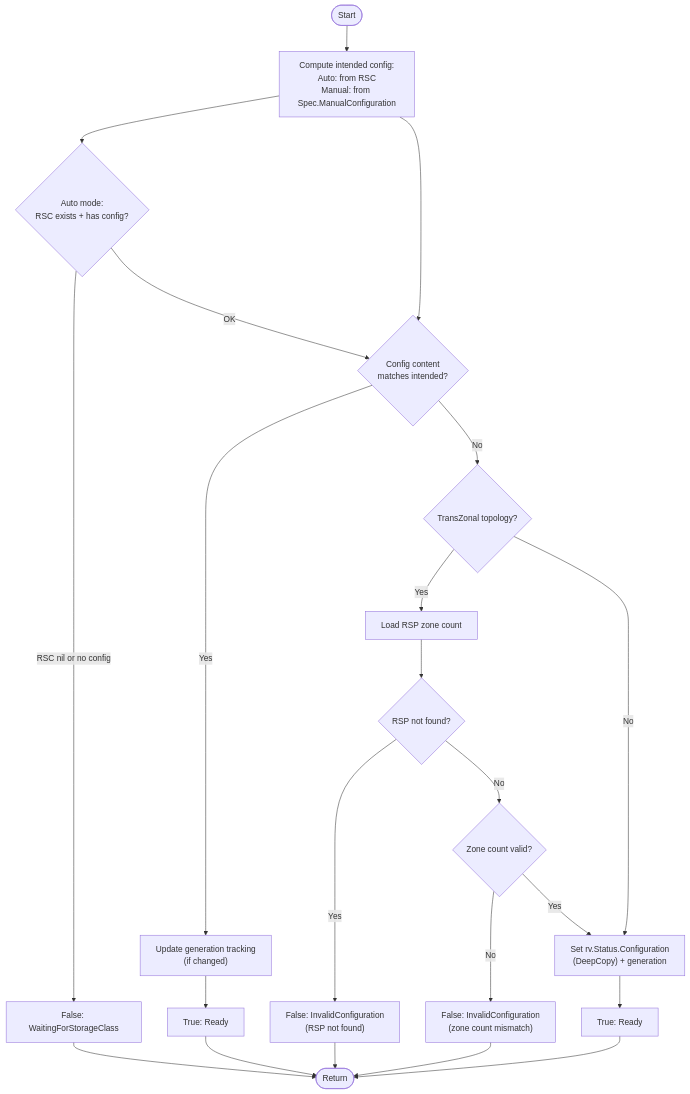
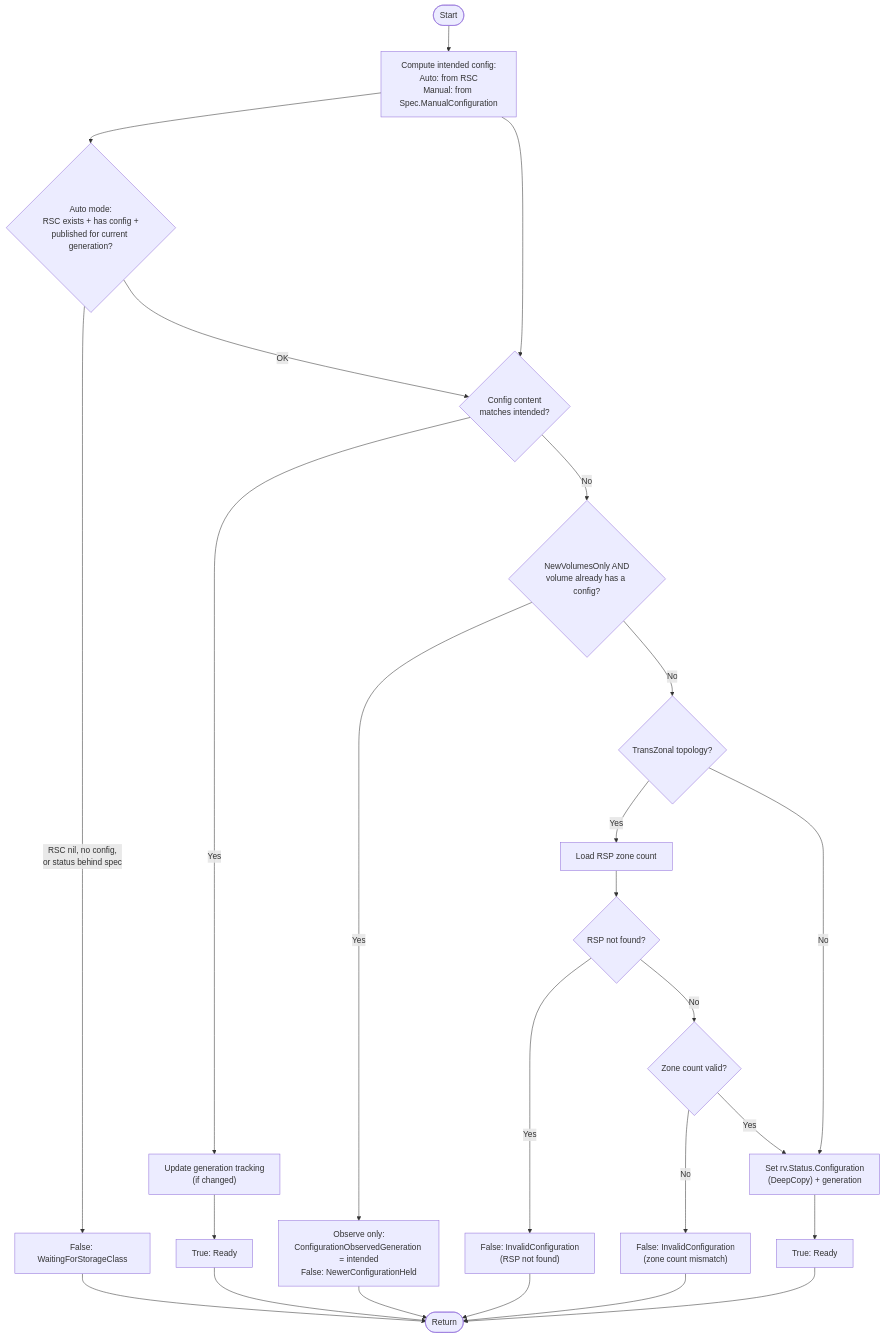
One commit to deckhouse/sds-replicated-volume changed diagram 12 of 12 in images/controller/internal/controllers/rv_controller/README.md. Above: the diagram before and after it, drawn with Mermaid. The commit also changed other lines of this file and 15 other files, not shown here.

First line of the commit message:
[controller,api] Honor NewVolumesOnly rollout strategy and fix RSC rollout reporting

````diff
--- a/images/controller/internal/controllers/rv_controller/README.md
+++ b/images/controller/internal/controllers/rv_controller/README.md
@@ -1169,29 +1179,32 @@
 ```mermaid
 flowchart TD
     Start([Start]) --> ComputeIntended["Compute intended config:<br/>Auto: from RSC<br/>Manual: from Spec.ManualConfiguration"]
 
-    ComputeIntended --> CheckAutoSource{"Auto mode:<br/>RSC exists + has config?"}
-    CheckAutoSource -->|"RSC nil or no config"| SetWaiting["False: WaitingForStorageClass"]
+    ComputeIntended --> CheckAutoSource{"Auto mode:<br/>RSC exists + has config +<br/>published for current generation?"}
+    CheckAutoSource -->|"RSC nil, no config,<br/>or status behind spec"| SetWaiting["False: WaitingForStorageClass"]
     SetWaiting --> End([Return])
     CheckAutoSource -->|OK| ContentCheck
 
     ComputeIntended --> ContentCheck{"Config content<br/>matches intended?"}
     ContentCheck -->|Yes| UpdateGen["Update generation tracking<br/>(if changed)"]
     UpdateGen --> SetReady1["True: Ready"]
     SetReady1 --> End
 
-    ContentCheck -->|No| CheckTransZonal{"TransZonal topology?"}
+    ContentCheck -->|No| CheckHold{"NewVolumesOnly AND<br/>volume already has a config?"}
+    CheckHold -->|Yes| Hold["Observe only:<br/>ConfigurationObservedGeneration = intended<br/>False: NewerConfigurationHeld"]
+    Hold --> End
+    CheckHold -->|No| CheckTransZonal{"TransZonal topology?"}
     CheckTransZonal -->|Yes| LoadRSP["Load RSP zone count"]
     LoadRSP --> RSPNotFound{"RSP not found?"}
     RSPNotFound -->|Yes| SetInvalid1["False: InvalidConfiguration<br/>(RSP not found)"]
     SetInvalid1 --> End
     RSPNotFound -->|No| ValidateZones{"Zone count valid?"}
     ValidateZones -->|No| SetInvalid2["False: InvalidConfiguration<br/>(zone count mismatch)"]
     SetInvalid2 --> End
     ValidateZones -->|Yes| SetConfig
     CheckTransZonal -->|No| SetConfig
 
     SetConfig["Set rv.Status.Configuration<br/>(DeepCopy) + generation"]
     SetConfig --> SetReady2["True: Ready"]
     SetReady2 --> End
 ```
````
